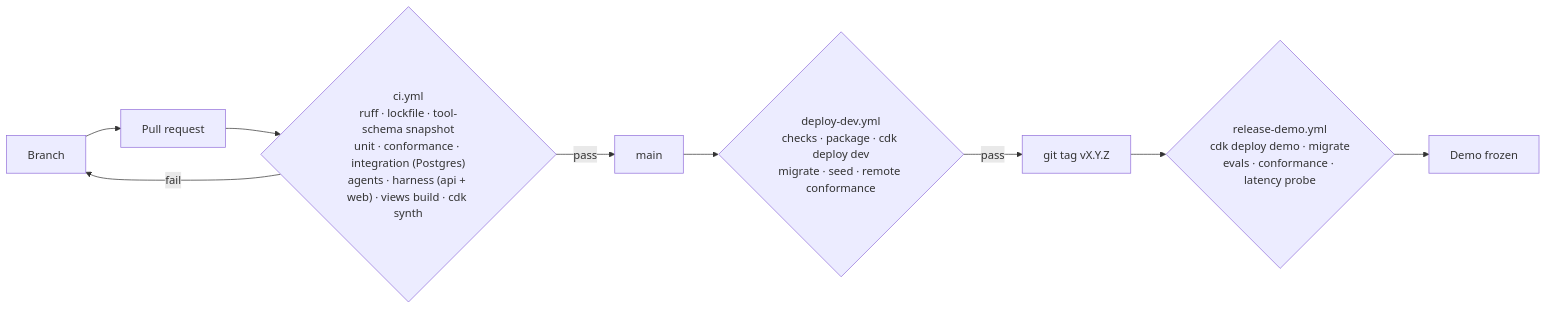
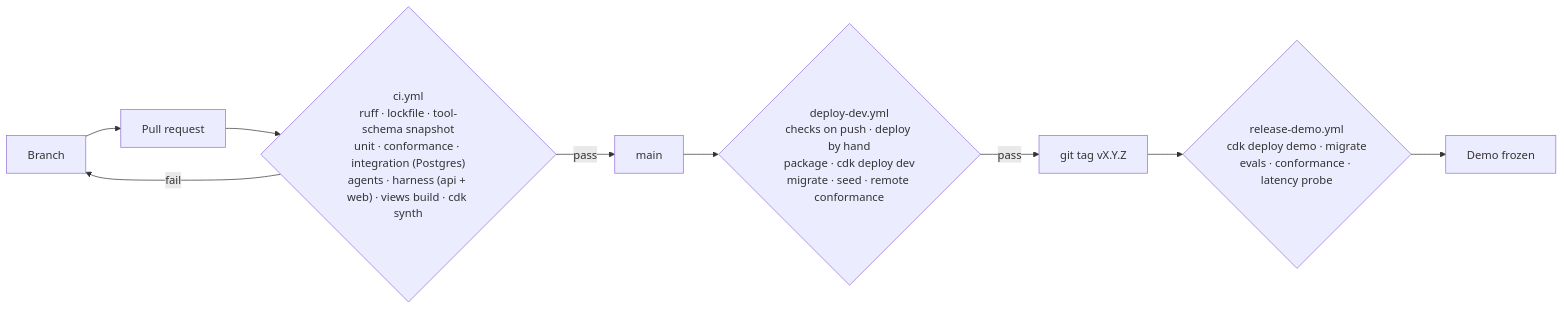
Diagram 21 of 21 in README.md (BugHunterX2101/watchfloor), drawn with Mermaid before and after one commit. The commit also changed other lines of this file and 3 other files, not shown here.

First line of the commit message:
CI: deploy-dev runs checks on push; the AWS deploy only on a manual run

````diff
--- a/README.md
+++ b/README.md
@@ -775,11 +775,11 @@
 ```mermaid
 flowchart LR
   DEV["Branch"] --> PR["Pull request"]
   PR --> CI{"ci.yml<br/>ruff · lockfile · tool-schema snapshot<br/>unit · conformance · integration (Postgres)<br/>agents · harness (api + web) · views build · cdk synth"}
   CI -- fail --> DEV
   CI -- pass --> MAIN["main"]
-  MAIN --> DD{"deploy-dev.yml<br/>checks · package · cdk deploy dev<br/>migrate · seed · remote conformance"}
+  MAIN --> DD{"deploy-dev.yml<br/>checks on push · deploy by hand<br/>package · cdk deploy dev<br/>migrate · seed · remote conformance"}
   DD -- pass --> TAG["git tag vX.Y.Z"]
   TAG --> RD{"release-demo.yml<br/>cdk deploy demo · migrate<br/>evals · conformance · latency probe"}
   RD --> FREEZE["Demo frozen"]
 ```
````
